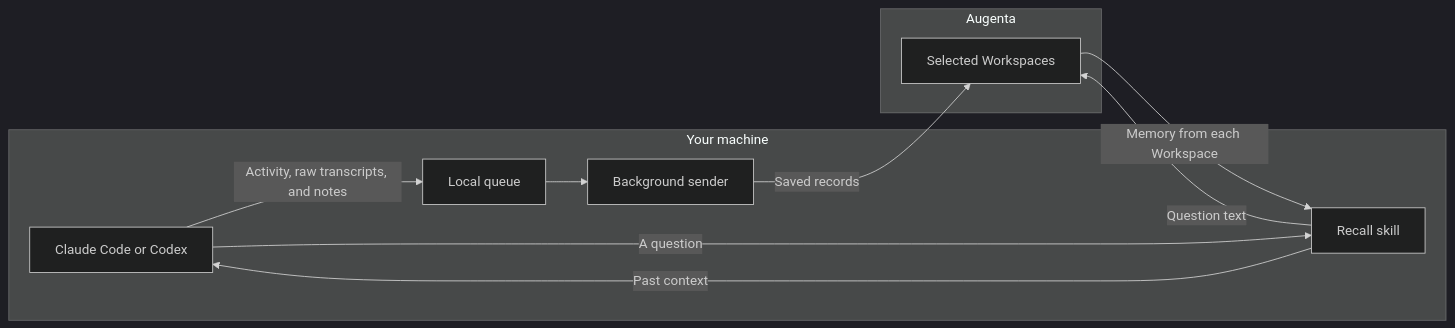
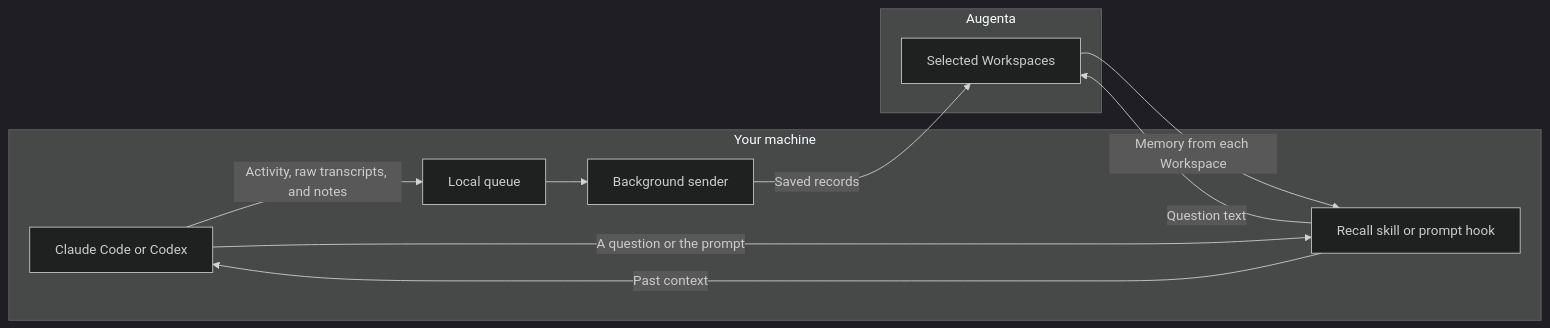
One commit to AugentaAI/augenta-plugin changed the diagram in docs/architecture.md. Above: the diagram before and after it, drawn with Mermaid (dark theme). The commit also changed other lines of this file and 43 other files, not shown here.

First line of the commit message:
feat(recall): recall automatically on each submitted prompt (#44)

````diff
--- a/docs/architecture.md
+++ b/docs/architecture.md
@@ -9,19 +9,19 @@
 ```mermaid
 flowchart LR
     subgraph Local[Your machine]
         Agent[Claude Code or Codex]
         Queue[Local queue]
         Sender[Background sender]
-        Recall[Recall skill]
+        Recall[Recall skill or prompt hook]
         Agent -->|Activity, raw transcripts, and notes| Queue
         Queue --> Sender
-        Agent -->|A question| Recall
+        Agent -->|A question or the prompt| Recall
     end
     subgraph Hosted[Augenta]
         Saved[Selected Workspaces]
     end
     Sender -->|Saved records| Saved
     Recall -->|Question text| Saved
     Saved -->|Memory from each Workspace| Recall
     Recall -->|Past context| Agent
 ```
````
